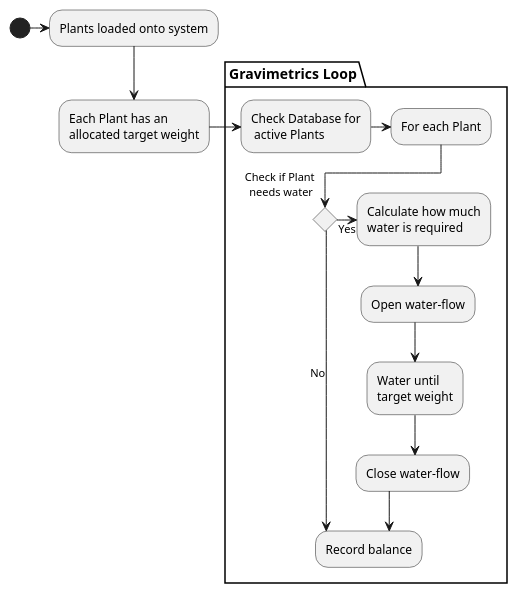
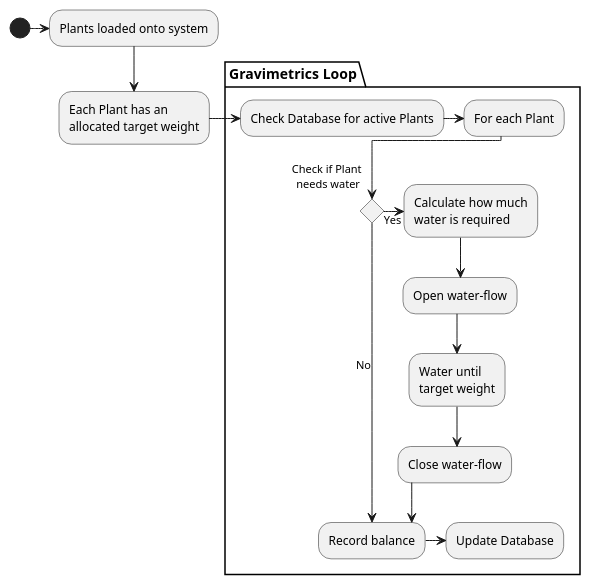
The diagram in Documents/Diagrams/Flow/flow.puml (NPPC-UK/Gravimetrics), drawn with PlantUML before and after one commit. The commit also changed 3 other files, not shown here.

```diff
--- a/Documents/Diagrams/Flow/flow.puml
+++ b/Documents/Diagrams/Flow/flow.puml
@@ -1,22 +1,23 @@
 skinparam linetype ortho
 skinparam monochrome true
 
 
 (*) -> "Plants loaded onto system"
 --> "Each Plant has an\nallocated target weight"
 
 partition "Gravimetrics Loop" {
 
--> "Check Database for\n active Plants"
+-> "Check Database for active Plants"
 -> "For each Plant"
 If "Check if Plant\n needs water" then
--> [Yes] "Calculate how much\nwater is required"
+-> [Yes ] "Calculate how much\nwater is required"
 --> "Open water-flow"
 --> "Water until\ntarget weight"
 --> "Close water-flow"
 --> "Record balance"
 
 else
 -> [No] "Record balance"
+-> "Update Database"
 Endif
 }
```
